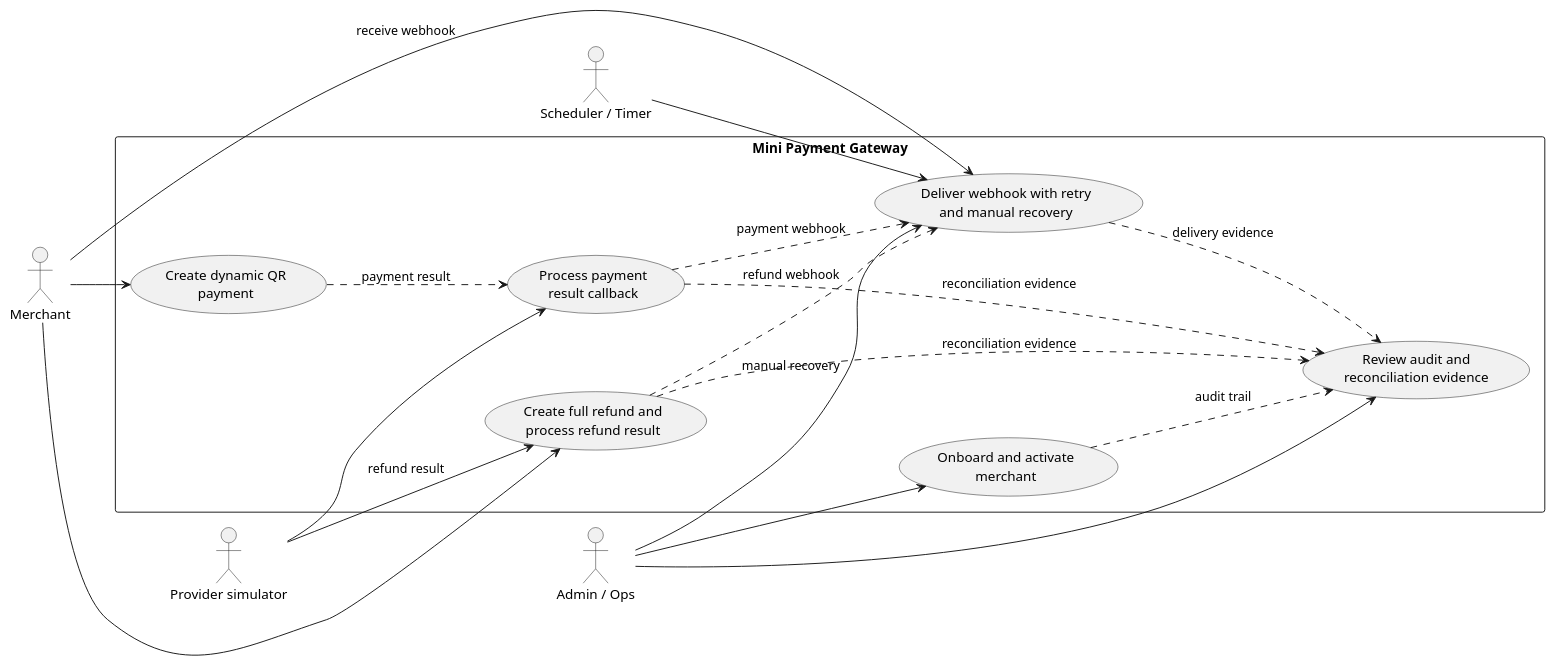
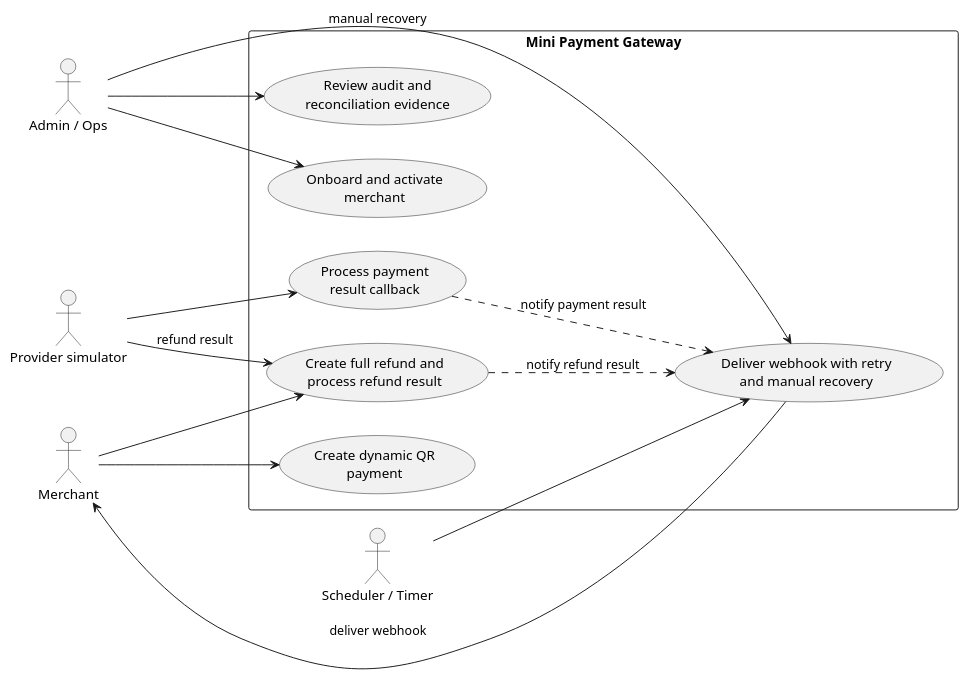
One commit to biabeogo147/mini-payment-gateway changed the first of 6 diagrams in docs/product/use-cases.md. Above: the diagram before and after it, drawn with PlantUML. The commit also changed other lines of this file, not shown here.

Commit message:
update uc

````diff
--- a/docs/product/use-cases.md
+++ b/docs/product/use-cases.md
@@ -28,41 +33,36 @@
 ```plantuml
 @startuml general_use_case
 left to right direction
 skinparam packageStyle rectangle
 
 actor "Admin / Ops" as Admin
 actor "Merchant" as Merchant
 actor "Provider simulator" as Provider
 actor "Scheduler / Timer" as Scheduler
 
 rectangle "Mini Payment Gateway" {
   usecase "Onboard and activate\nmerchant" as UC001
   usecase "Create dynamic QR\npayment" as UC002
   usecase "Process payment\nresult callback" as UC003
   usecase "Create full refund and\nprocess refund result" as UC004
   usecase "Deliver webhook with retry\nand manual recovery" as UC005
   usecase "Review audit and\nreconciliation evidence" as UC_Audit
 }
 
 Admin --> UC001
 Admin --> UC005 : manual recovery
 Admin --> UC_Audit
 
 Merchant --> UC002
 Merchant --> UC004
-Merchant --> UC005 : receive webhook
+UC005 --> Merchant : deliver webhook
 
 Provider --> UC003
 Provider --> UC004 : refund result
 
 Scheduler --> UC005
 
-UC002 ..> UC003 : payment result
-UC003 ..> UC005 : payment webhook
-UC004 ..> UC005 : refund webhook
-UC001 ..> UC_Audit : audit trail
-UC003 ..> UC_Audit : reconciliation evidence
-UC004 ..> UC_Audit : reconciliation evidence
-UC005 ..> UC_Audit : delivery evidence
+UC003 ..> UC005 : notify payment result
+UC004 ..> UC005 : notify refund result
 @enduml
 ```
````
